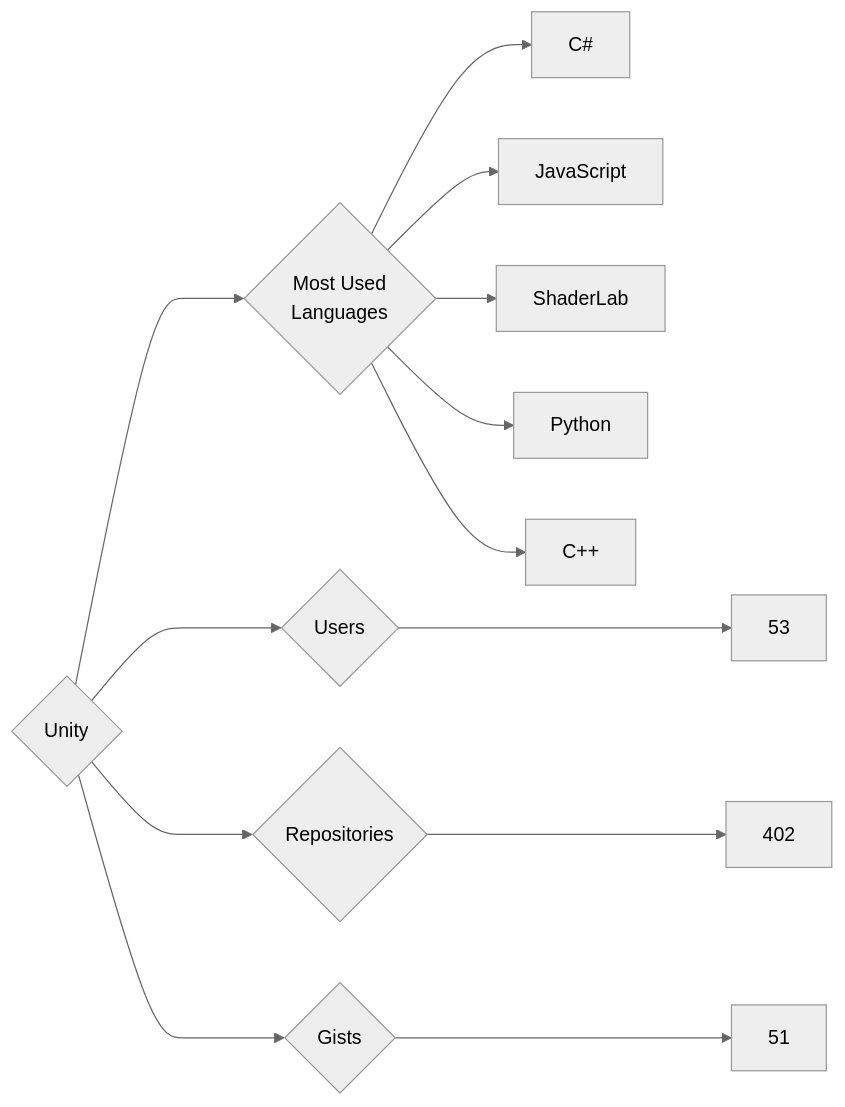
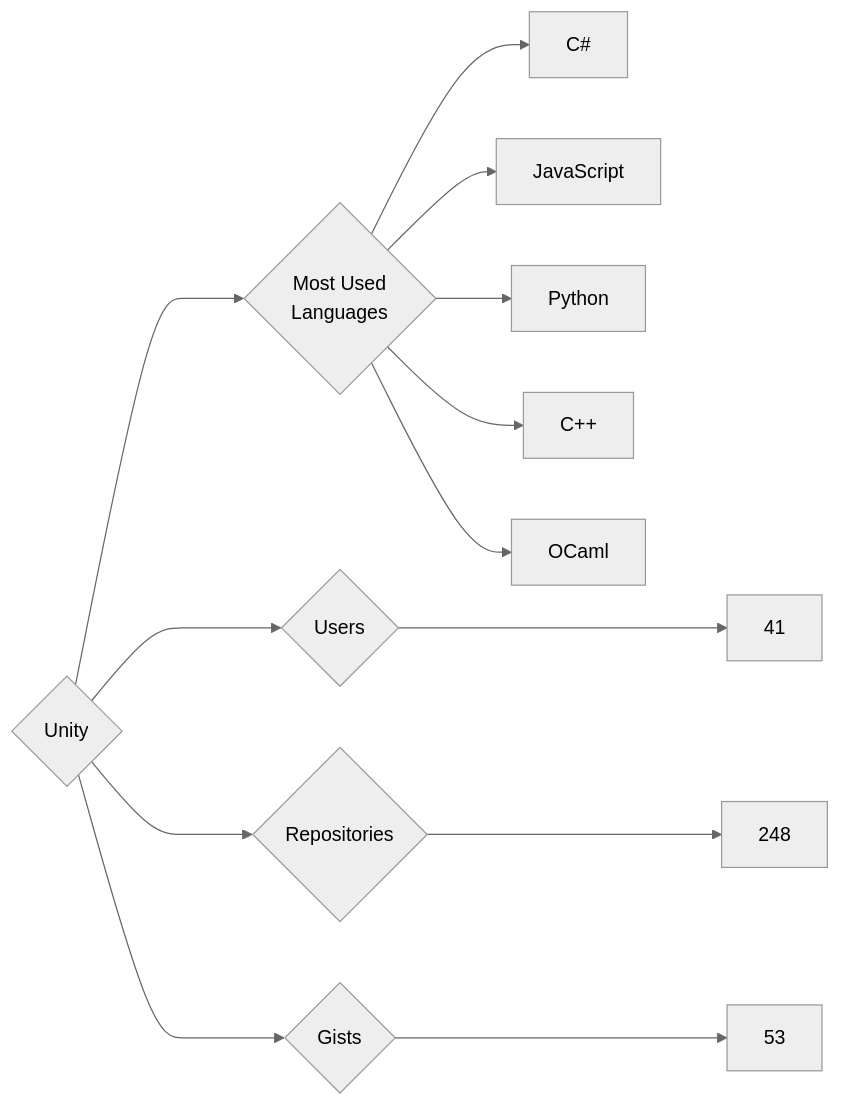
Before and after one commit to trickest/insiders: the diagram in targets/Unity/README.md, drawn with Mermaid (neutral theme). The commit also changed 787 other files, not shown here.

````diff
--- a/targets/Unity/README.md
+++ b/targets/Unity/README.md
@@ -3,13 +3,13 @@
 ```mermaid
 graph LR
 COMPANY_NAME{Unity}
-COMPANY_NAME ---> U{Users} ---> UN[53]
-COMPANY_NAME ---> R{Repositories} ---> RN[402]
-COMPANY_NAME ---> G{Gists} ---> GN[51]
+COMPANY_NAME ---> U{Users} ---> UN[41]
+COMPANY_NAME ---> R{Repositories} ---> RN[248]
+COMPANY_NAME ---> G{Gists} ---> GN[53]
 COMPANY_NAME ---> ML{Most Used<br>Languages}
 ML --> C#[C#]
 ML --> JavaScript[JavaScript]
-ML --> ShaderLab[ShaderLab]
 ML --> Python[Python]
 ML --> C++[C++]
+ML --> OCaml[OCaml]
 ```
````
